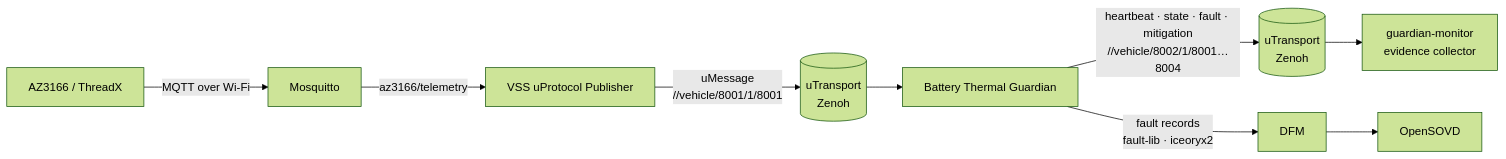
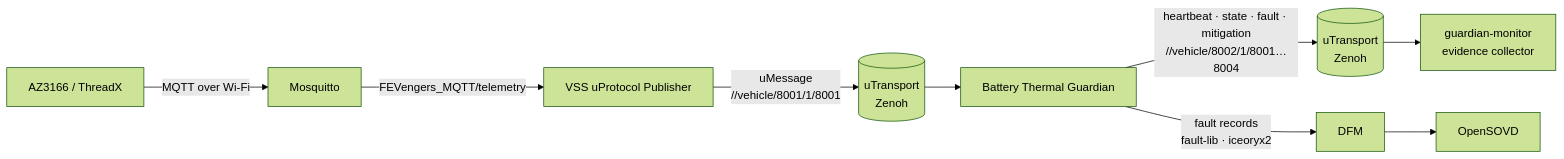
One commit to Eclipse-SDV-Hackathon-Chapter-Four/FEVengers_Hackathon_2026 changed the first of 2 diagrams in Docs/battery-thermal-guardian.md. Above: the diagram before and after it, drawn with Mermaid (forest theme). The commit also changed other lines of this file and 6 other files, not shown here.

First line of the commit message:
Use the board's MQTT topic FEVengers_MQTT/telemetry in the publisher

````diff
--- a/Docs/battery-thermal-guardian.md
+++ b/Docs/battery-thermal-guardian.md
@@ -27,11 +27,11 @@
 ```mermaid
 flowchart LR
   AZ[AZ3166 / ThreadX] -->|MQTT over Wi-Fi| MQ[Mosquitto]
-  MQ -->|az3166/telemetry| P[VSS uProtocol Publisher]
+  MQ -->|FEVengers_MQTT/telemetry| P[VSS uProtocol Publisher]
   P -->|uMessage<br/>//vehicle/8001/1/8001| Z[(uTransport<br/>Zenoh)]
   Z --> G[Battery Thermal Guardian]
   G -->|heartbeat · state · fault · mitigation<br/>//vehicle/8002/1/8001…8004| Z2[(uTransport<br/>Zenoh)]
   Z2 --> C[guardian-monitor<br/>evidence collector]
   G -->|fault records<br/>fault-lib · iceoryx2| DFM[DFM]
   DFM --> SOVD[OpenSOVD]
 ```
````
